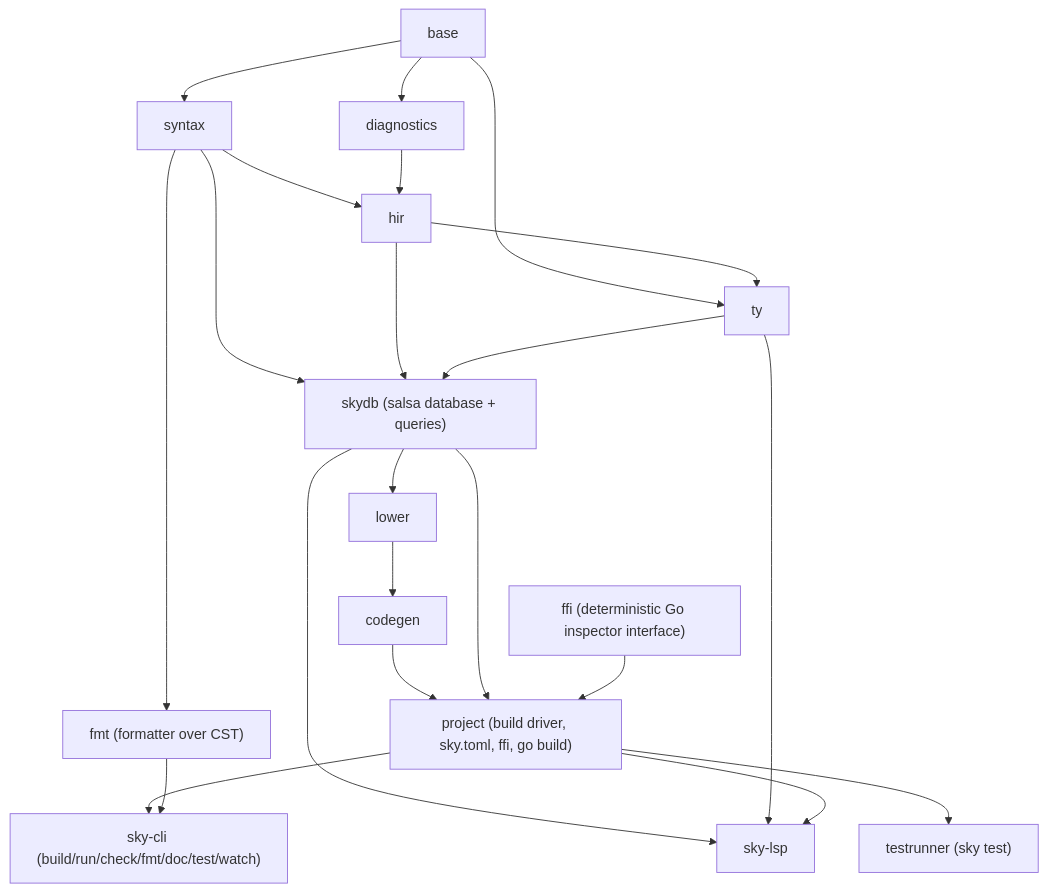
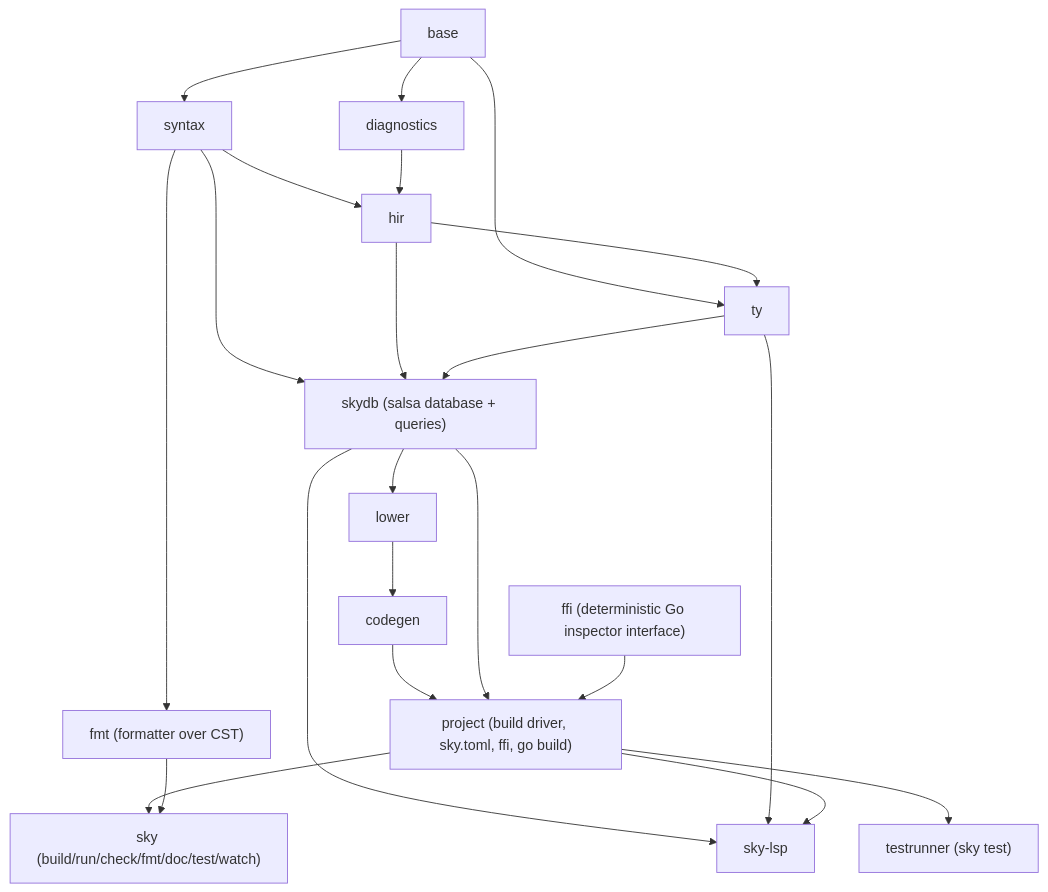
One commit to anzellai/sky changed the diagram in docs/rust-rewrite/02-workspace-and-crates.md. Above: the diagram before and after it, drawn with Mermaid. The commit also changed other lines of this file and 41 other files, not shown here.

First line of the commit message:
refactor: rename the sky-cli crate to sky

````diff
--- a/docs/rust-rewrite/02-workspace-and-crates.md
+++ b/docs/rust-rewrite/02-workspace-and-crates.md
@@ -11,25 +11,25 @@
 ```mermaid
 flowchart TD
     base --> syntax
     base --> diagnostics
     syntax --> hir
     diagnostics --> hir
     base --> ty
     hir --> ty
     db["skydb (salsa database + queries)"]
     syntax --> db
     hir --> db
     ty --> db
     db --> lower
     lower --> codegen
     codegen --> project["project (build driver, sky.toml, ffi, go build)"]
     db --> project
     ffi["ffi (deterministic Go inspector interface)"] --> project
-    project --> cli["sky-cli (build/run/check/fmt/doc/test/watch)"]
+    project --> cli["sky (build/run/check/fmt/doc/test/watch)"]
     db --> lsp["sky-lsp"]
     ty --> lsp
     project --> lsp
     fmt["fmt (formatter over CST)"] --> cli
     syntax --> fmt
     project --> testrunner["testrunner (sky test)"]
 ```
````
